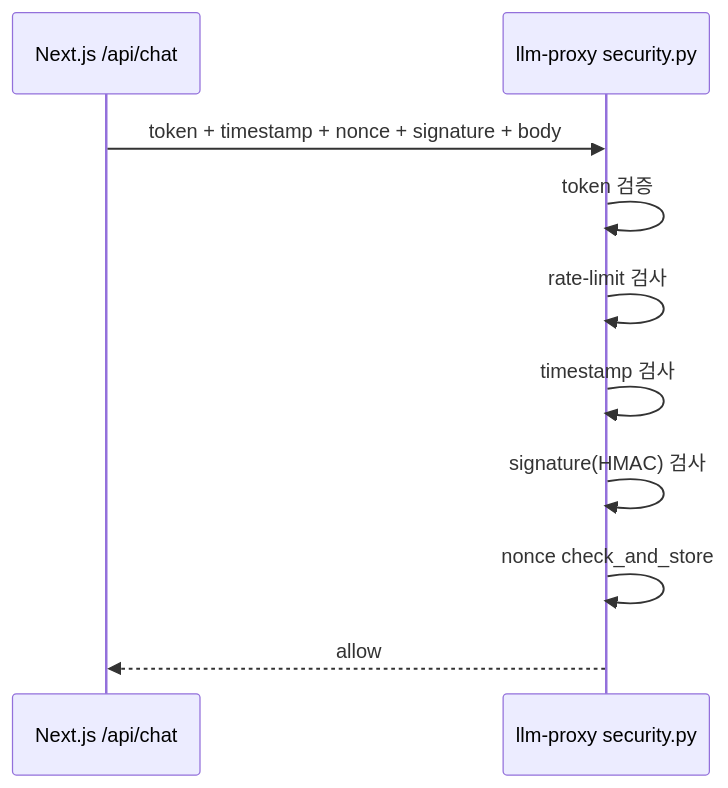
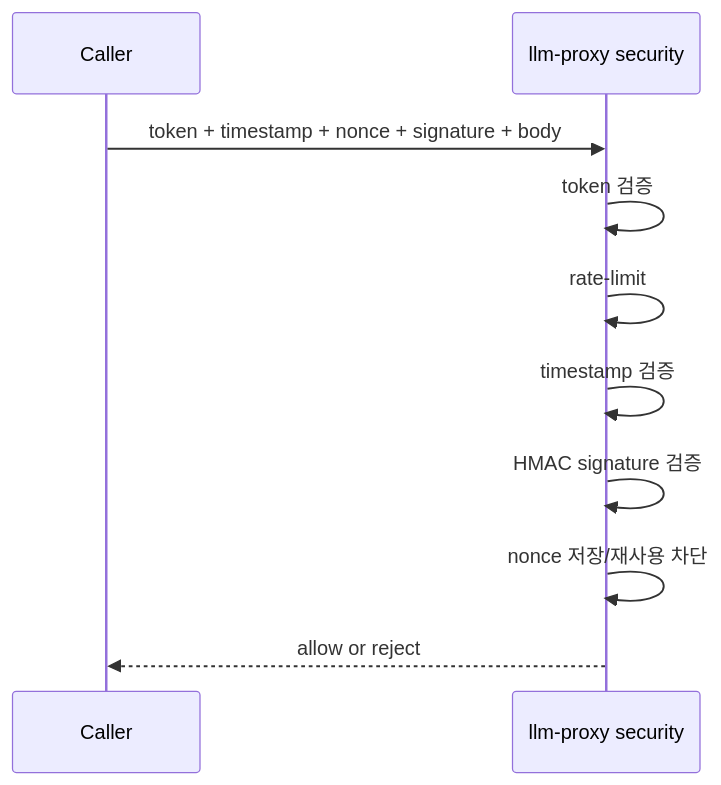
The second of 2 diagrams in docs/SECURITY_BASELINE.md (Merchantlee99/Personal-AI-agent-v2), drawn with Mermaid before and after one commit. The commit also changed other lines of this file and 5 other files, not shown here.

Commit message:
docs: restructure architecture/security/ops docs and add use-cases (#7)

````diff
--- a/docs/SECURITY_BASELINE.md
+++ b/docs/SECURITY_BASELINE.md
@@ -45,13 +48,13 @@
 ```mermaid
 sequenceDiagram
-  participant C as Next.js /api/chat
-  participant P as llm-proxy security.py
+  participant C as Caller
+  participant P as llm-proxy security
 
   C->>P: token + timestamp + nonce + signature + body
   P->>P: token 검증
-  P->>P: rate-limit 검사
-  P->>P: timestamp 검사
-  P->>P: signature(HMAC) 검사
-  P->>P: nonce check_and_store
-  P-->>C: allow
+  P->>P: rate-limit
+  P->>P: timestamp 검증
+  P->>P: HMAC signature 검증
+  P->>P: nonce 저장/재사용 차단
+  P-->>C: allow or reject
 ```
````
